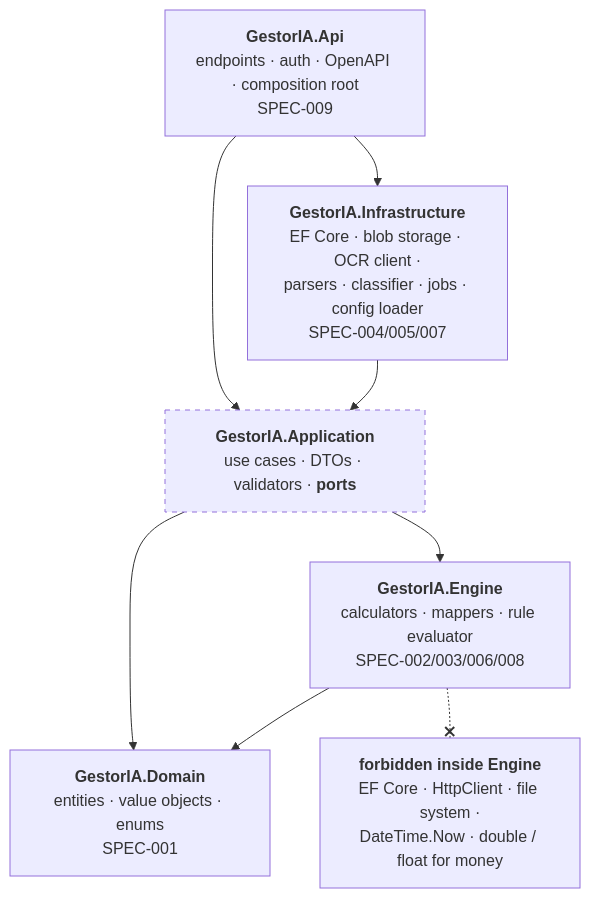
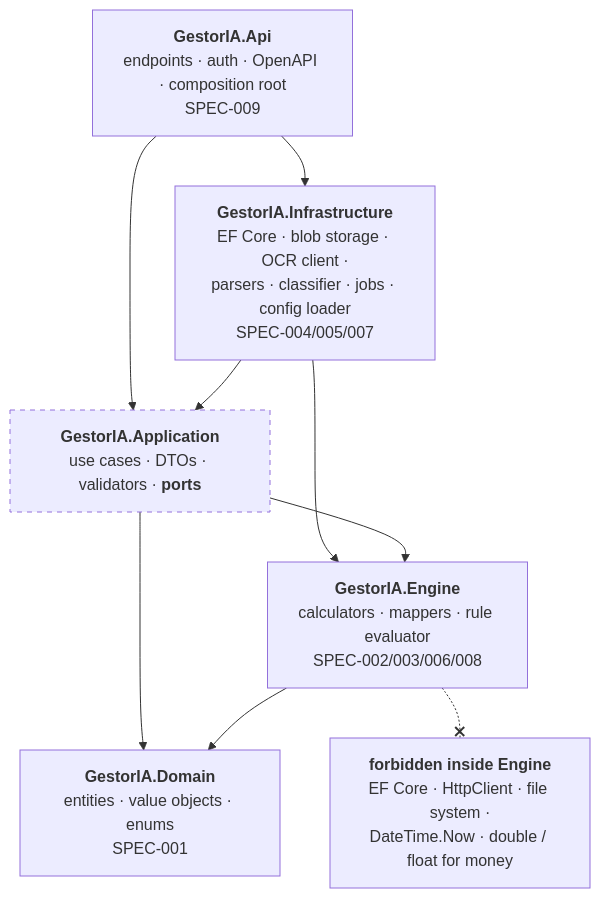
The diagram in graph/dependencies.md (mykola-blonskyi/gestoria), drawn with Mermaid before and after one commit. The commit also changed other lines of this file and 32 other files, not shown here.

````diff
--- a/graph/dependencies.md
+++ b/graph/dependencies.md
@@ -13,21 +13,22 @@
 ```mermaid
 flowchart TD
   API["<b>GestorIA.Api</b><br/>endpoints · auth · OpenAPI · composition root<br/>SPEC-009"]
   INFRA["<b>GestorIA.Infrastructure</b><br/>EF Core · blob storage · OCR client ·<br/>parsers · classifier · jobs · config loader<br/>SPEC-004/005/007"]
   APPL["<b>GestorIA.Application</b><br/>use cases · DTOs · validators · <b>ports</b>"]
   ENGINE["<b>GestorIA.Engine</b><br/>calculators · mappers · rule evaluator<br/>SPEC-002/003/006/008"]
   DOMAIN["<b>GestorIA.Domain</b><br/>entities · value objects · enums<br/>SPEC-001"]
 
   API --> INFRA
   API --> APPL
   INFRA --> APPL
+  INFRA --> ENGINE
   APPL --> ENGINE
   APPL --> DOMAIN
   ENGINE --> DOMAIN
 
   FORBID["<b>forbidden inside Engine</b><br/>EF Core · HttpClient · file system ·<br/>DateTime.Now · double / float for money"]
   ENGINE -.-x FORBID
 
   classDef missing stroke-dasharray: 5 5
   class APPL missing
 ```
````
